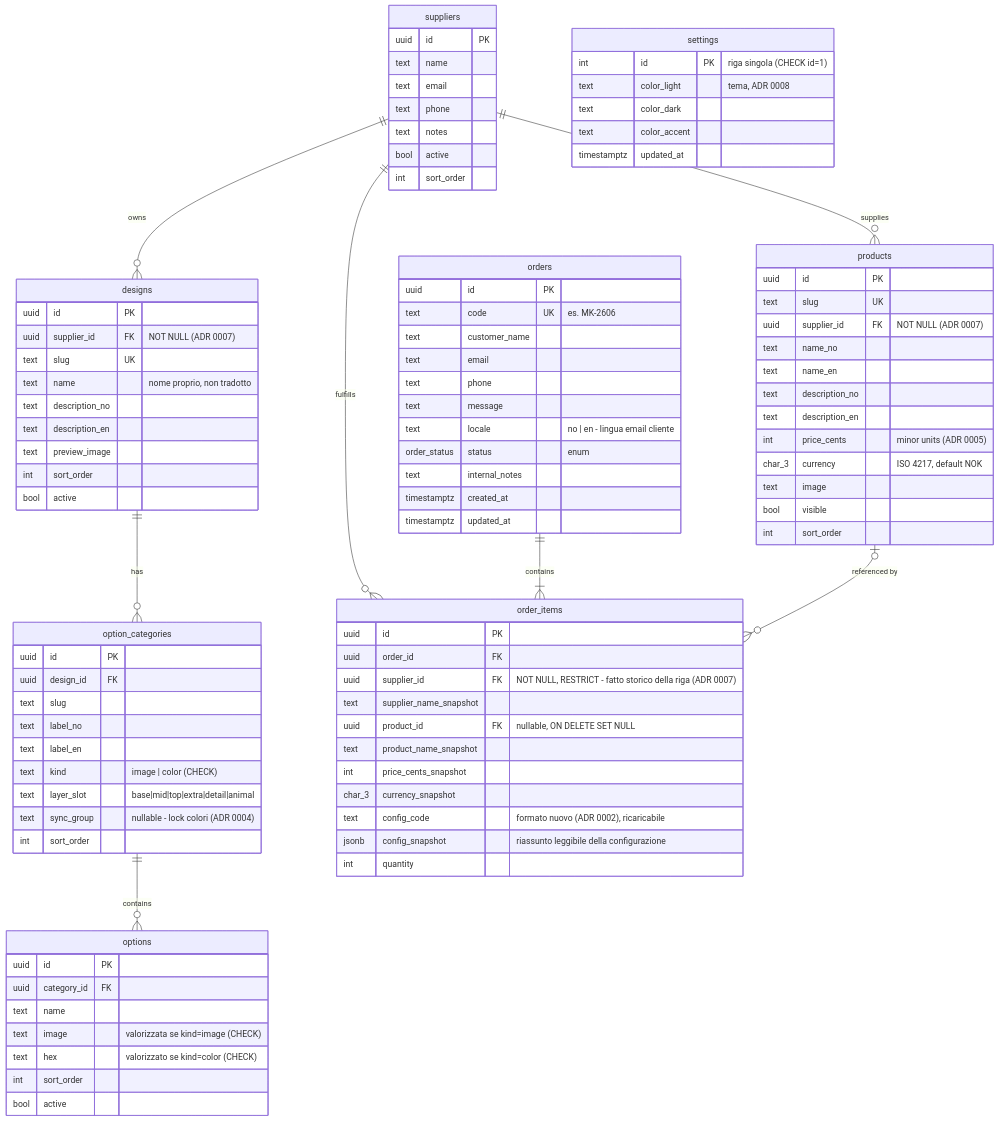
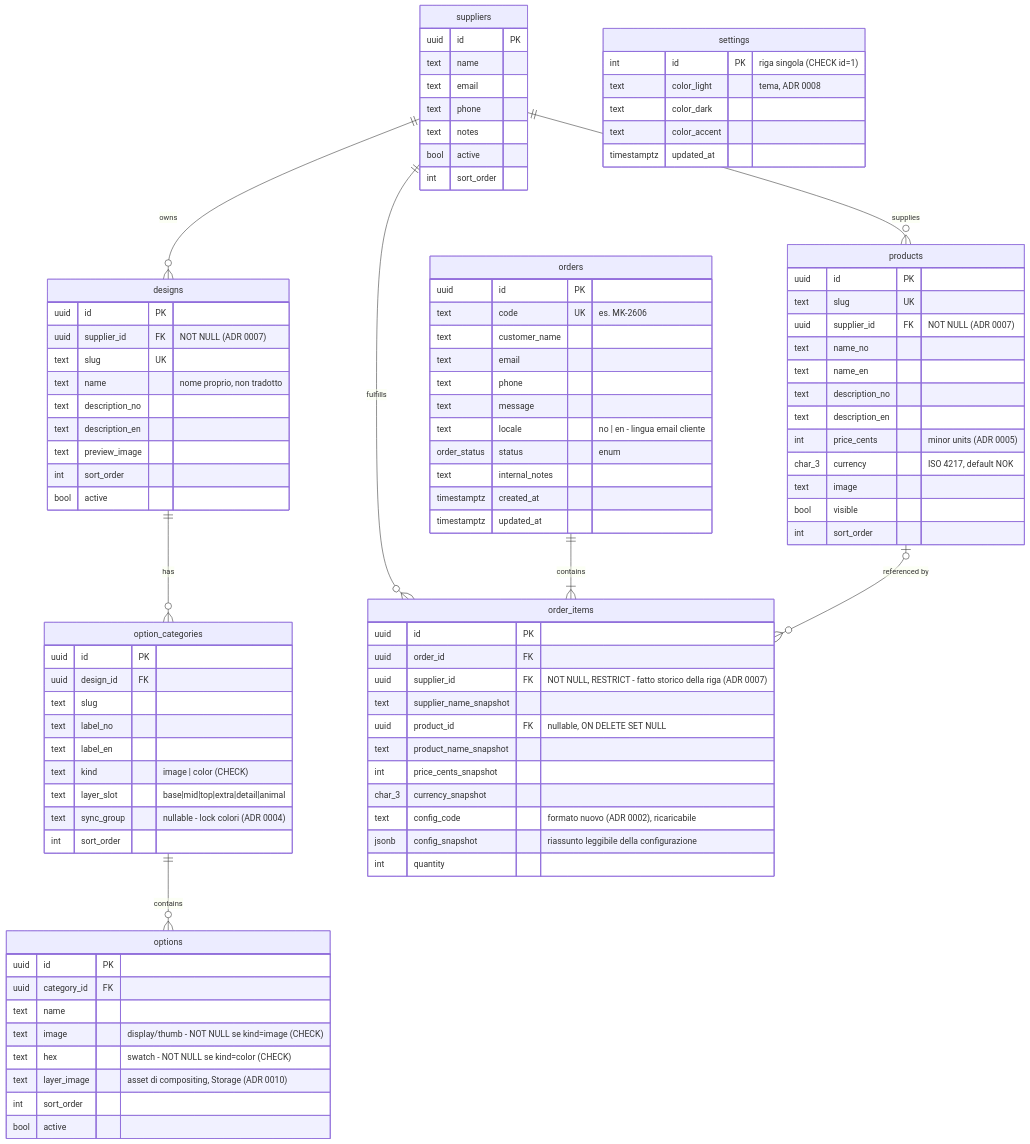
One commit to minkeramikk/minkeramikk changed the diagram in docs/adr/schema-er.md. Above: the diagram before and after it, drawn with Mermaid. The commit also changed 4 other files, not shown here.

First line of the commit message:
docs: ADR 0010 — explicit compositing assets (options.layer_image)

```diff
--- a/docs/adr/schema-er.md
+++ b/docs/adr/schema-er.md
@@ -44,8 +44,9 @@
         uuid id PK
         uuid category_id FK
         text name
-        text image "valorizzata se kind=image (CHECK)"
-        text hex "valorizzato se kind=color (CHECK)"
+        text image "display/thumb - NOT NULL se kind=image (CHECK)"
+        text hex "swatch - NOT NULL se kind=color (CHECK)"
+        text layer_image "asset di compositing, Storage (ADR 0010)"
         int sort_order
         bool active
     }
```
